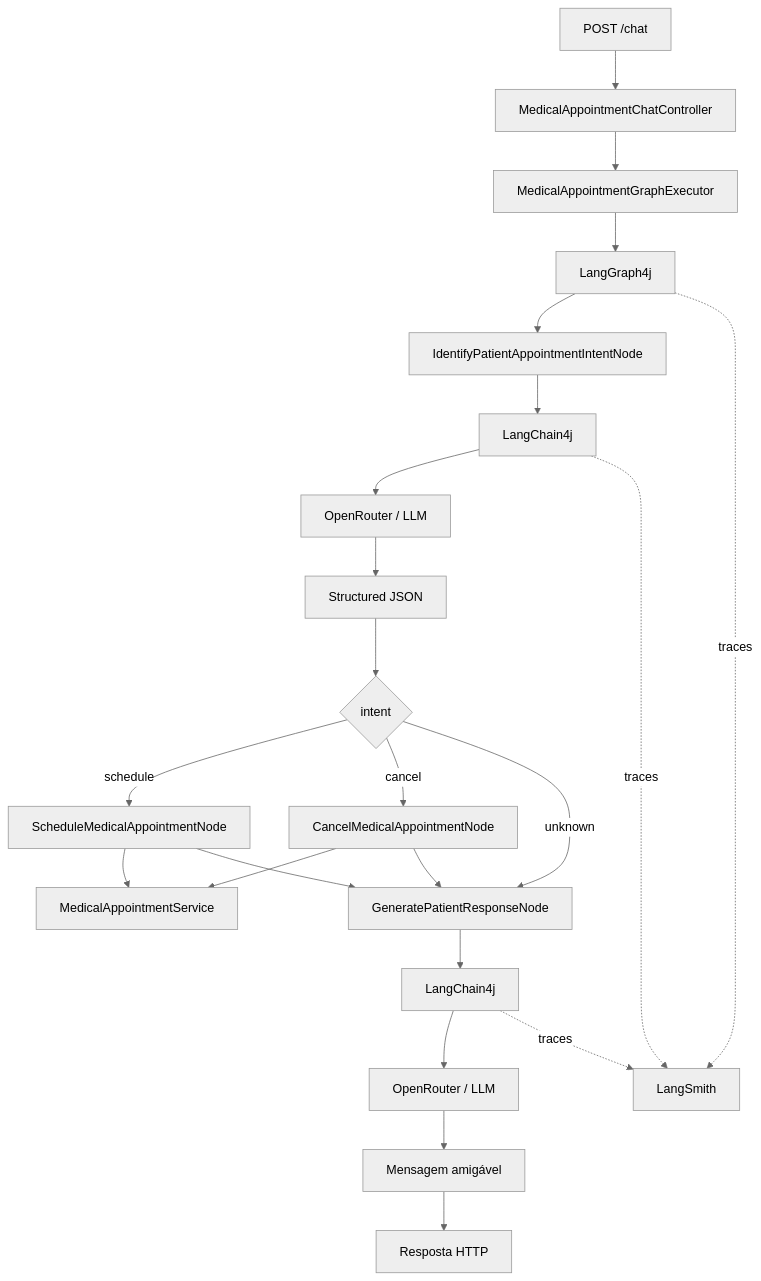
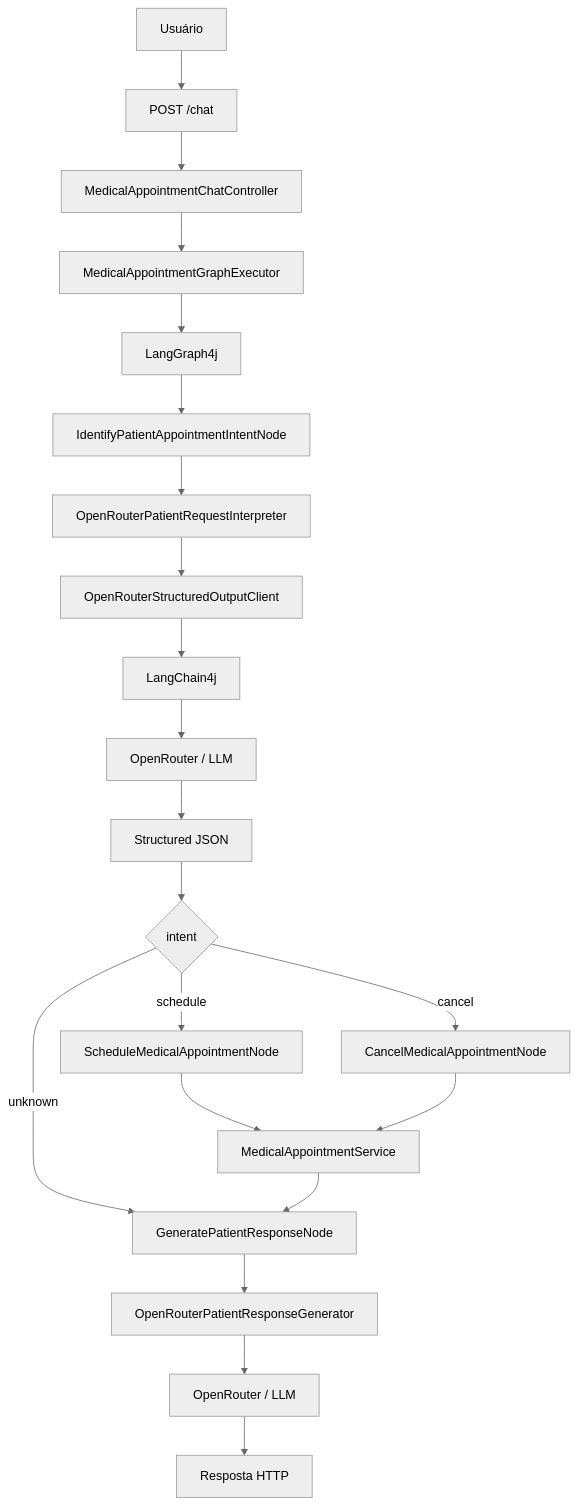
The diagram in README.md (ViniHDSouza/poc_java_ia_consultamedica), drawn with Mermaid (neutral theme) before and after one commit. The commit also changed other lines of this file and 1 other file, not shown here.

````diff
--- a/README.md
+++ b/README.md
@@ -87,32 +368,28 @@
 ```mermaid
 flowchart TD
-    A[POST /chat] --> B[MedicalAppointmentChatController]
-    B --> C[MedicalAppointmentGraphExecutor]
-    C --> D[LangGraph4j]
+    A[Usuário] --> B[POST /chat]
+    B --> C[MedicalAppointmentChatController]
+    C --> D[MedicalAppointmentGraphExecutor]
+    D --> E[LangGraph4j]
 
-    D --> E[IdentifyPatientAppointmentIntentNode]
-    E --> F[LangChain4j]
-    F --> G[OpenRouter / LLM]
-    G --> H[Structured JSON]
+    E --> F[IdentifyPatientAppointmentIntentNode]
+    F --> G[OpenRouterPatientRequestInterpreter]
+    G --> H[OpenRouterStructuredOutputClient]
+    H --> I[LangChain4j]
+    I --> J[OpenRouter / LLM]
+    J --> K[Structured JSON]
 
-    H --> I{intent}
+    K --> L{intent}
 
-    I -->|schedule| J[ScheduleMedicalAppointmentNode]
-    I -->|cancel| K[CancelMedicalAppointmentNode]
-    I -->|unknown| L[GeneratePatientResponseNode]
+    L -->|schedule| M[ScheduleMedicalAppointmentNode]
+    L -->|cancel| N[CancelMedicalAppointmentNode]
+    L -->|unknown| O[GeneratePatientResponseNode]
 
-    J --> M[MedicalAppointmentService]
-    K --> M
+    M --> P[MedicalAppointmentService]
+    N --> P
 
-    J --> L
-    K --> L
-
-    L --> N[LangChain4j]
-    N --> O[OpenRouter / LLM]
-    O --> P[Mensagem amigável]
-    P --> Q[Resposta HTTP]
-
-    D -. traces .-> R[LangSmith]
-    F -. traces .-> R
-    N -. traces .-> R
+    P --> O
+    O --> Q[OpenRouterPatientResponseGenerator]
+    Q --> R[OpenRouter / LLM]
+    R --> S[Resposta HTTP]
 ```
````
